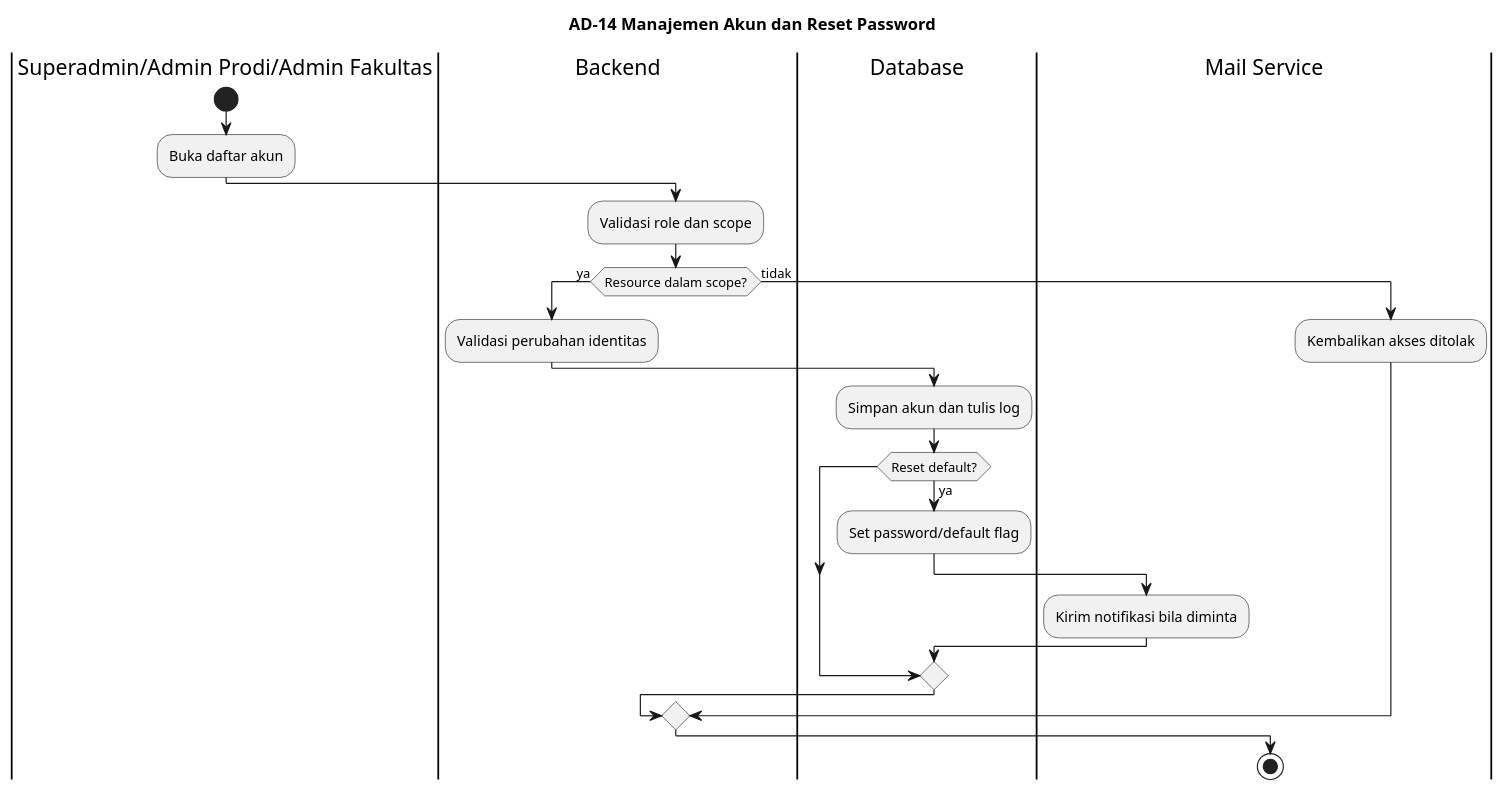
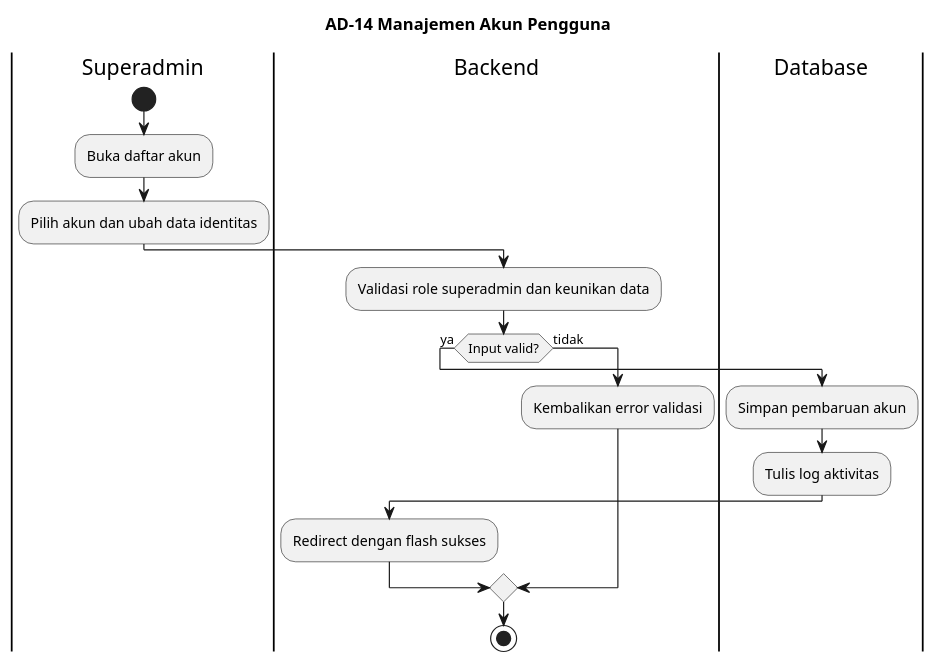
One commit to claraanjelitakd/tugas-akhir changed the diagram in docs/uml/activity-diagrams/AD-14-manajemen-akun.puml. Above: the diagram before and after it, drawn with PlantUML. The commit also changed 19 other files, not shown here.

Commit message:
docs: revise UCD and activity diagrams

```diff
--- a/docs/uml/activity-diagrams/AD-14-manajemen-akun.puml
+++ b/docs/uml/activity-diagrams/AD-14-manajemen-akun.puml
@@ -1,21 +1,19 @@
 @startuml
-title AD-14 Manajemen Akun dan Reset Password
-|Superadmin/Admin Prodi/Admin Fakultas|
+title AD-14 Manajemen Akun Pengguna
+|Superadmin|
 start
 :Buka daftar akun;
+:Pilih akun dan ubah data identitas;
 |Backend|
-:Validasi role dan scope;
-if (Resource dalam scope?) then (ya)
-  :Validasi perubahan identitas;
+:Validasi role superadmin dan keunikan data;
+if (Input valid?) then (ya)
   |Database|
-  :Simpan akun dan tulis log;
-  if (Reset default?) then (ya)
-    :Set password/default flag;
-    |Mail Service|
-    :Kirim notifikasi bila diminta;
-  endif
+  :Simpan pembaruan akun;
+  :Tulis log aktivitas;
+  |Backend|
+  :Redirect dengan flash sukses;
 else (tidak)
-  :Kembalikan akses ditolak;
+  :Kembalikan error validasi;
 endif
 stop
 @enduml
```
